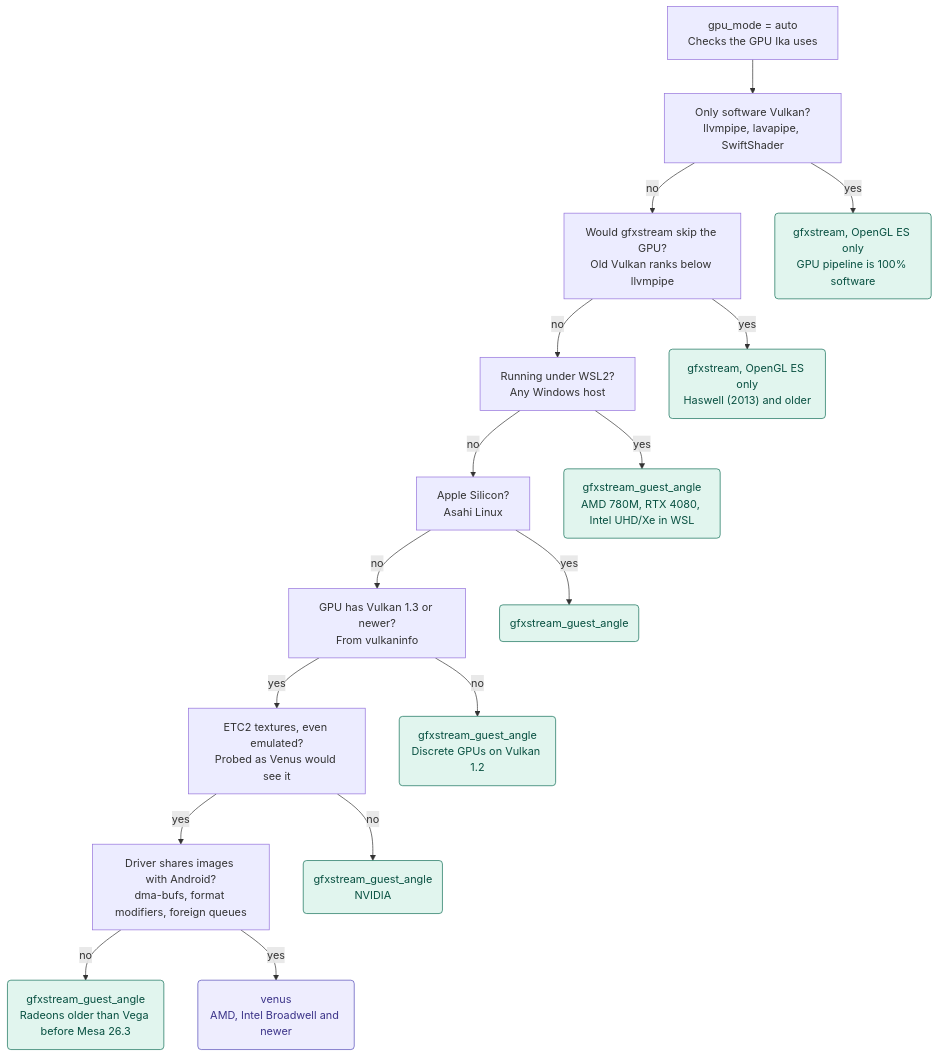
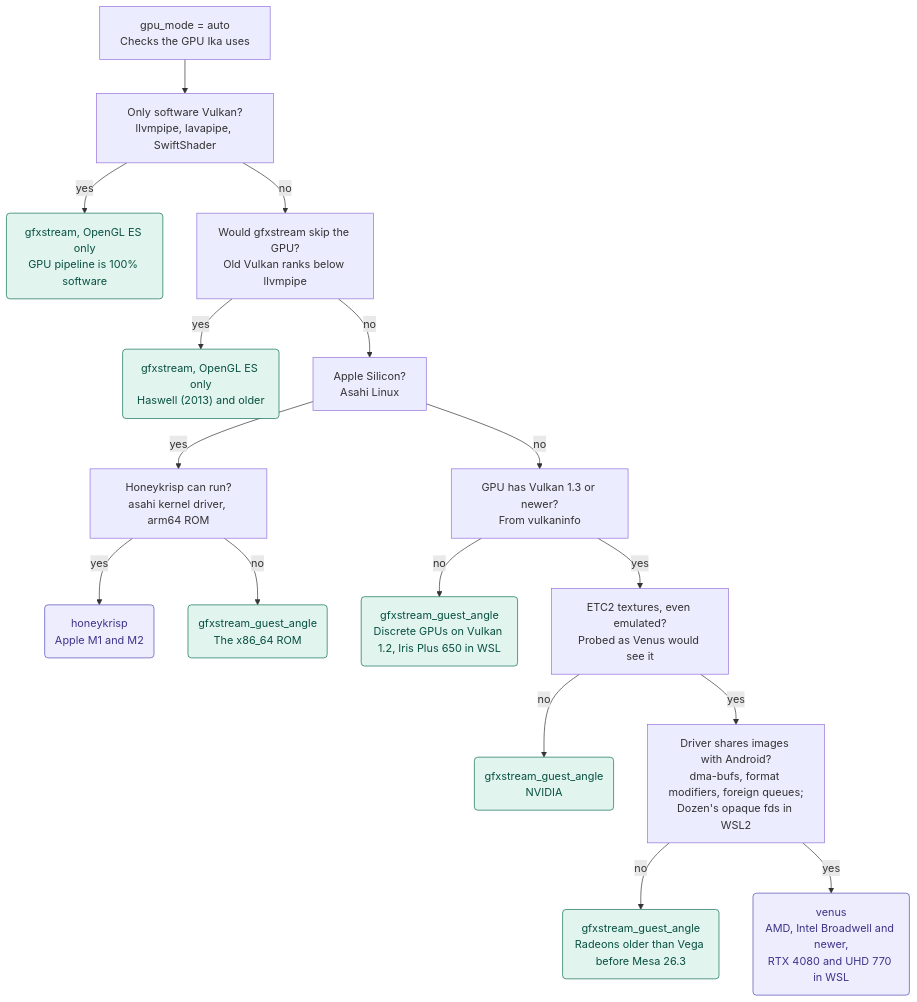
One commit to DesktopECHO/ika changed the diagram in GRAPHICS.md. Above: the diagram before and after it, drawn with Mermaid. The commit also changed other lines of this file and 5 other files, not shown here.

Commit message:
ika: gpu_mode = auto runs Venus under WSL2 where Dozen offers Vulkan 1.3, and honeykrisp on Apple Silicon with the arm64 ROM, where it kept gfxstream_guest_angle on both

````diff
--- a/GRAPHICS.md
+++ b/GRAPHICS.md
@@ -84,40 +90,40 @@
 ```mermaid
 flowchart TD
     start["gpu_mode = auto<br/>Checks the GPU Ika uses"]
     q1["Only software Vulkan?<br/>llvmpipe, lavapipe, SwiftShader"]
     q2["Would gfxstream skip the GPU?<br/>Old Vulkan ranks below llvmpipe"]
-    q3["Running under WSL2?<br/>Any Windows host"]
-    q4["Apple Silicon?<br/>Asahi Linux"]
+    q3["Apple Silicon?<br/>Asahi Linux"]
+    q4["Honeykrisp can run?<br/>asahi kernel driver, arm64 ROM"]
     q5["GPU has Vulkan 1.3 or newer?<br/>From vulkaninfo"]
     q6["ETC2 textures, even emulated?<br/>Probed as Venus would see it"]
-    q7["Driver shares images with Android?<br/>dma-bufs, format modifiers, foreign queues"]
+    q7["Driver shares images with Android?<br/>dma-bufs, format modifiers, foreign queues;<br/>Dozen's opaque fds in WSL2"]
     r1("gfxstream, OpenGL ES only<br/>GPU pipeline is 100% software")
     r2("gfxstream, OpenGL ES only<br/>Haswell (2013) and older")
-    r3("gfxstream_guest_angle<br/>AMD 780M, RTX 4080, Intel UHD/Xe in WSL")
-    r4("gfxstream_guest_angle")
-    r5("gfxstream_guest_angle<br/>Discrete GPUs on Vulkan 1.2")
+    hk("honeykrisp<br/>Apple M1 and M2")
+    r4("gfxstream_guest_angle<br/>The x86_64 ROM")
+    r5("gfxstream_guest_angle<br/>Discrete GPUs on Vulkan 1.2, Iris Plus 650 in WSL")
     r6("gfxstream_guest_angle<br/>NVIDIA")
     r7("gfxstream_guest_angle<br/>Radeons older than Vega before Mesa 26.3")
-    venus("venus<br/>AMD, Intel Broadwell and newer")
+    venus("venus<br/>AMD, Intel Broadwell and newer,<br/>RTX 4080 and UHD 770 in WSL")
 
     start --> q1
     q1 -- yes --> r1
     q1 -- no --> q2
     q2 -- yes --> r2
     q2 -- no --> q3
-    q3 -- yes --> r3
-    q3 -- no --> q4
-    q4 -- yes --> r4
-    q4 -- no --> q5
+    q3 -- yes --> q4
+    q3 -- no --> q5
+    q4 -- yes --> hk
+    q4 -- no --> r4
     q5 -- no --> r5
     q5 -- yes --> q6
     q6 -- no --> r6
     q6 -- yes --> q7
     q7 -- no --> r7
     q7 -- yes --> venus
 
     classDef gfx fill:#E1F5EE,stroke:#0F6E56,color:#085041
     classDef ven fill:#EEEDFE,stroke:#534AB7,color:#3C3489
-    class r1,r2,r3,r4,r5,r6,r7 gfx
-    class venus ven
+    class r1,r2,r4,r5,r6,r7 gfx
+    class venus,hk ven
 ```
````
